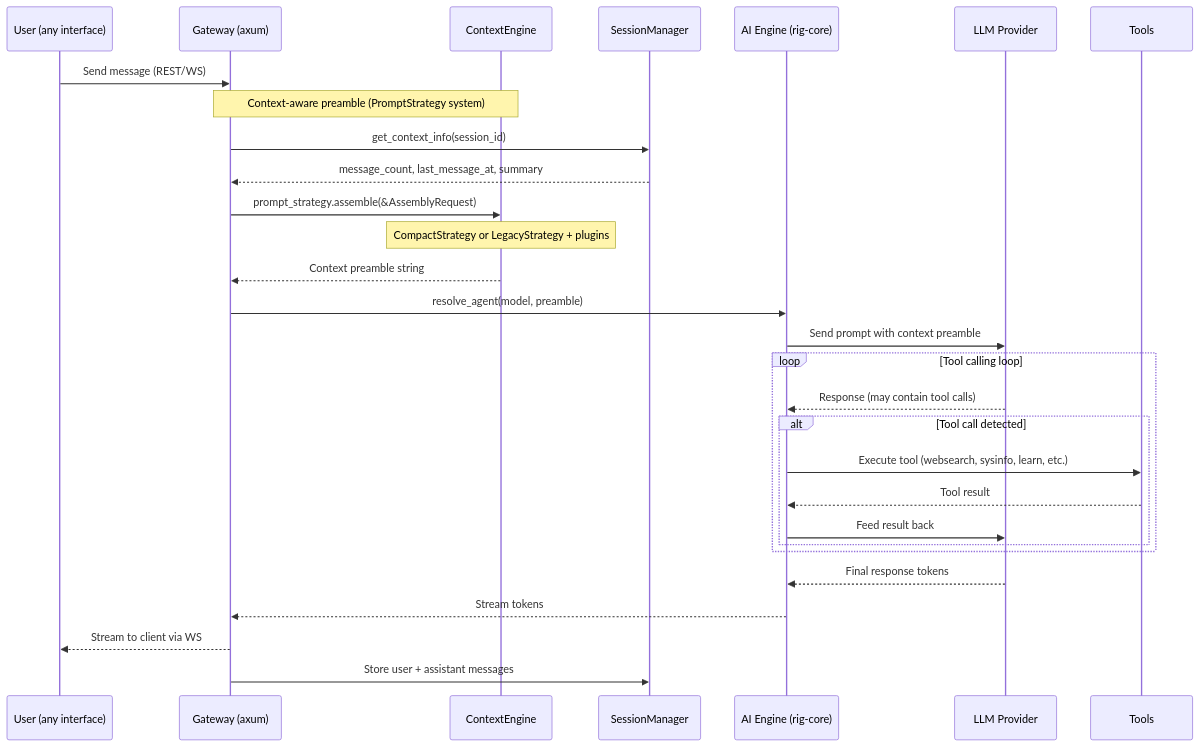
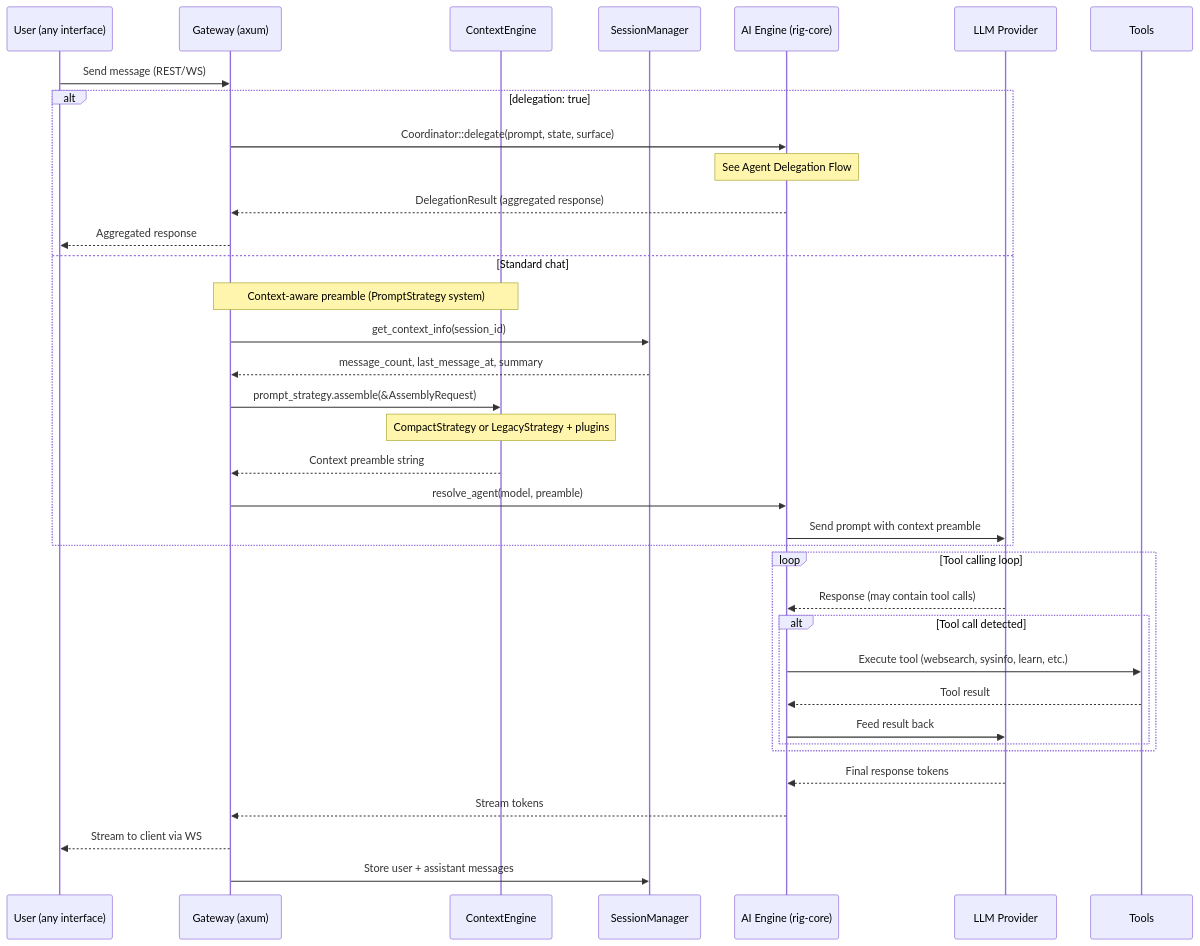
Before and after one commit to sprklai/mesoclaw: the first of 26 diagrams in docs/processes.md, drawn with Mermaid. The commit also changed other lines of this file and 11 other files, not shown here.

````diff
--- a/docs/processes.md
+++ b/docs/processes.md
@@ -40,36 +42,43 @@
 ```mermaid
 sequenceDiagram
     participant U as User (any interface)
     participant G as Gateway (axum)
     participant CE as ContextEngine
     participant SM as SessionManager
     participant AI as AI Engine (rig-core)
     participant LLM as LLM Provider
     participant T as Tools
 
     U->>G: Send message (REST/WS)
 
-    Note over G,CE: Context-aware preamble (PromptStrategy system)
-    G->>SM: get_context_info(session_id)
-    SM-->>G: message_count, last_message_at, summary
-    G->>CE: prompt_strategy.assemble(&AssemblyRequest)
-    Note over CE: CompactStrategy or LegacyStrategy + plugins
-    CE-->>G: Context preamble string
+    alt delegation: true
+        G->>AI: Coordinator::delegate(prompt, state, surface)
+        Note over AI: See Agent Delegation Flow
+        AI-->>G: DelegationResult (aggregated response)
+        G-->>U: Aggregated response
+    else Standard chat
+        Note over G,CE: Context-aware preamble (PromptStrategy system)
+        G->>SM: get_context_info(session_id)
+        SM-->>G: message_count, last_message_at, summary
+        G->>CE: prompt_strategy.assemble(&AssemblyRequest)
+        Note over CE: CompactStrategy or LegacyStrategy + plugins
+        CE-->>G: Context preamble string
 
-    G->>AI: resolve_agent(model, preamble)
-    AI->>LLM: Send prompt with context preamble
+        G->>AI: resolve_agent(model, preamble)
+        AI->>LLM: Send prompt with context preamble
+    end
 
     loop Tool calling loop
         LLM-->>AI: Response (may contain tool calls)
         alt Tool call detected
             AI->>T: Execute tool (websearch, sysinfo, learn, etc.)
             T-->>AI: Tool result
             AI->>LLM: Feed result back
         end
     end
 
     LLM-->>AI: Final response tokens
     AI-->>G: Stream tokens
     G-->>U: Stream to client via WS
     G->>SM: Store user + assistant messages
 ```
````
